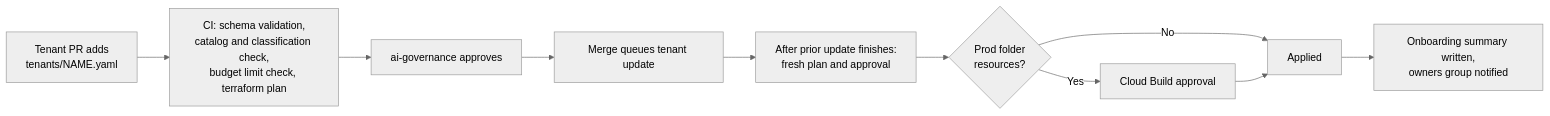
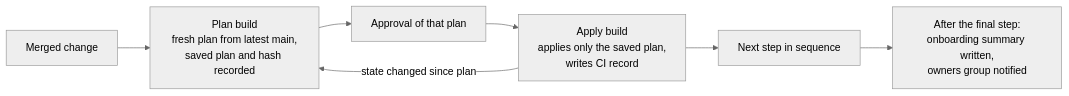
The fifth of 8 diagrams in architecture.md (Josephdara/tenantloom-ai), drawn with Mermaid (neutral theme) before and after one commit. The commit also changed other lines of this file and 13 other files, not shown here.

Commit message:
docs: settle architecture decisions and add ADRs 001-012

````diff
--- a/architecture.md
+++ b/architecture.md
@@ -271,11 +321,9 @@
 ```mermaid
 flowchart LR
-    A["Tenant PR adds<br/>tenants/NAME.yaml"] --> B["CI: schema validation,<br/>catalog and classification check,<br/>budget limit check, terraform plan"]
-    B --> C["ai-governance approves"]
-    C --> D["Merge queues tenant update"]
-    D --> Q["After prior update finishes:<br/>fresh plan and approval"]
-    Q --> E{"Prod folder<br/>resources?"}
-    E -->|No| G["Applied"]
-    E -->|Yes| F["Cloud Build approval"] --> G
-    G --> H["Onboarding summary written,<br/>owners group notified"]
+    M["Merged change"] --> P["Plan build<br/>fresh plan from latest main,<br/>saved plan and hash recorded"]
+    P --> AP["Approval of that plan"]
+    AP --> AB["Apply build<br/>applies only the saved plan,<br/>writes CI record"]
+    AB -->|state changed since plan| P
+    AB --> N["Next step in sequence"]
+    N --> H["After the final step:<br/>onboarding summary written,<br/>owners group notified"]
 ```
````
